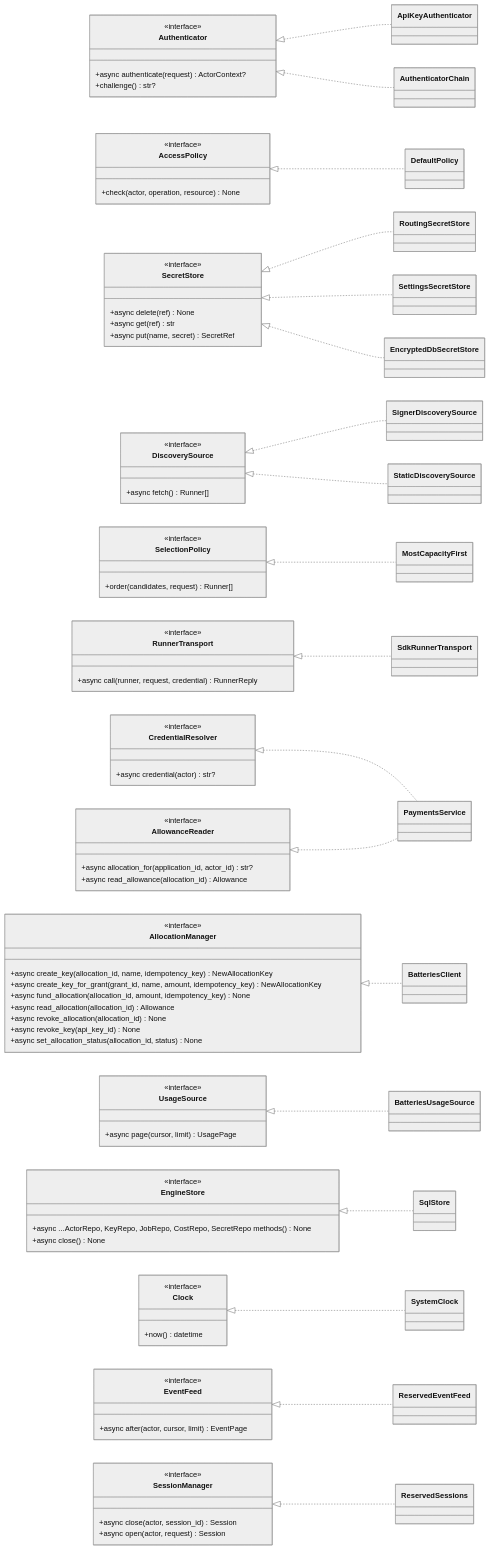
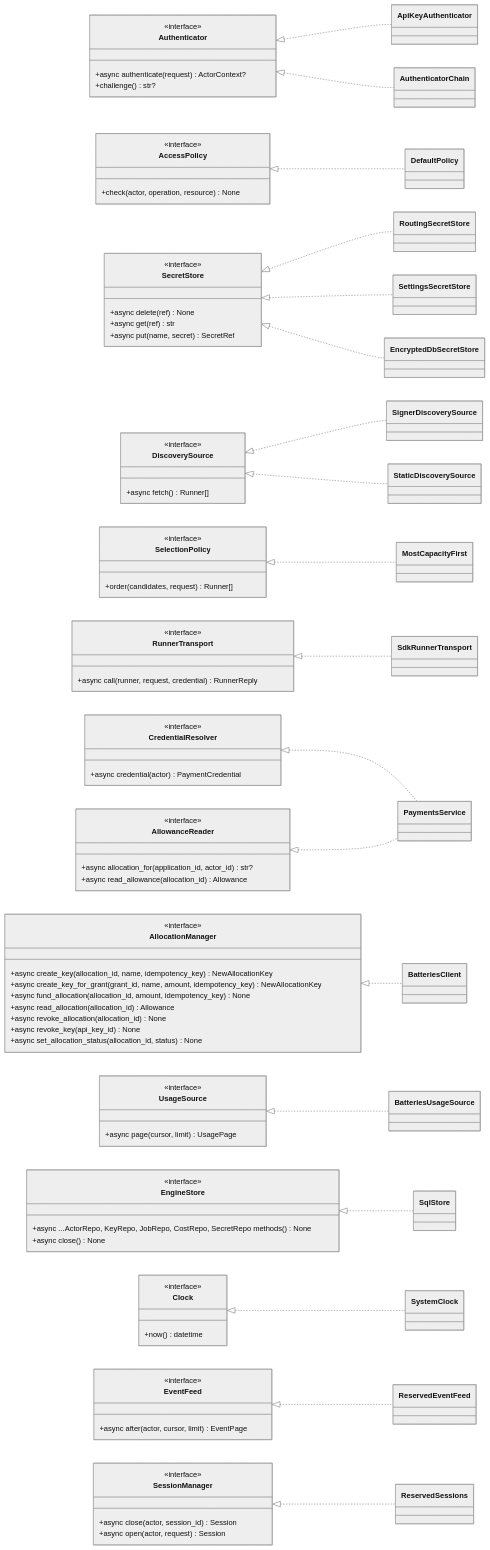
The diagram in docs/generated/interfaces.md (NE-Build-Track/livepeer-builder-core), drawn with Mermaid (neutral theme) before and after one commit. The commit also changed other lines of this file and 49 other files, not shown here.

```diff
--- a/docs/generated/interfaces.md
+++ b/docs/generated/interfaces.md
@@ -38,7 +38,7 @@
     }
     class CredentialResolver {
         <<interface>>
-        +async credential(actor) str?
+        +async credential(actor) PaymentCredential
     }
     class AllocationManager {
         <<interface>>
```
